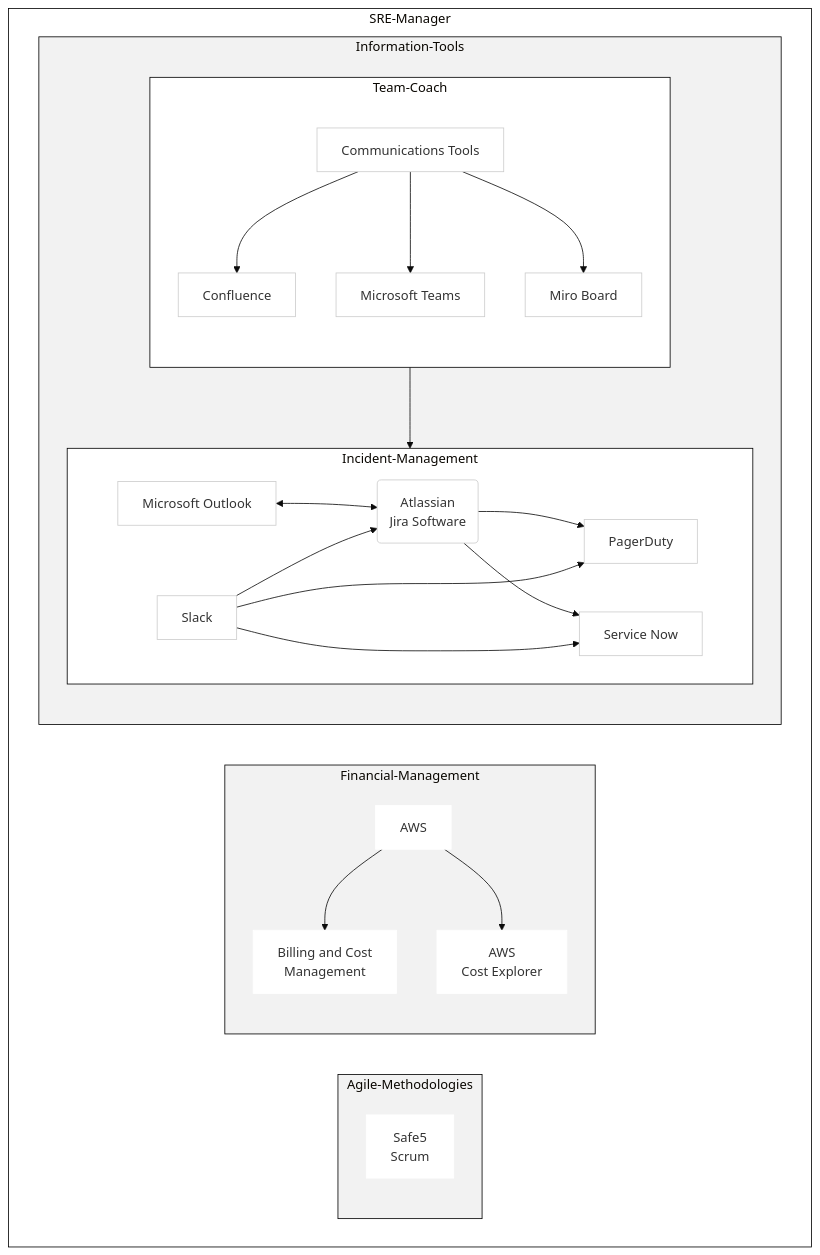
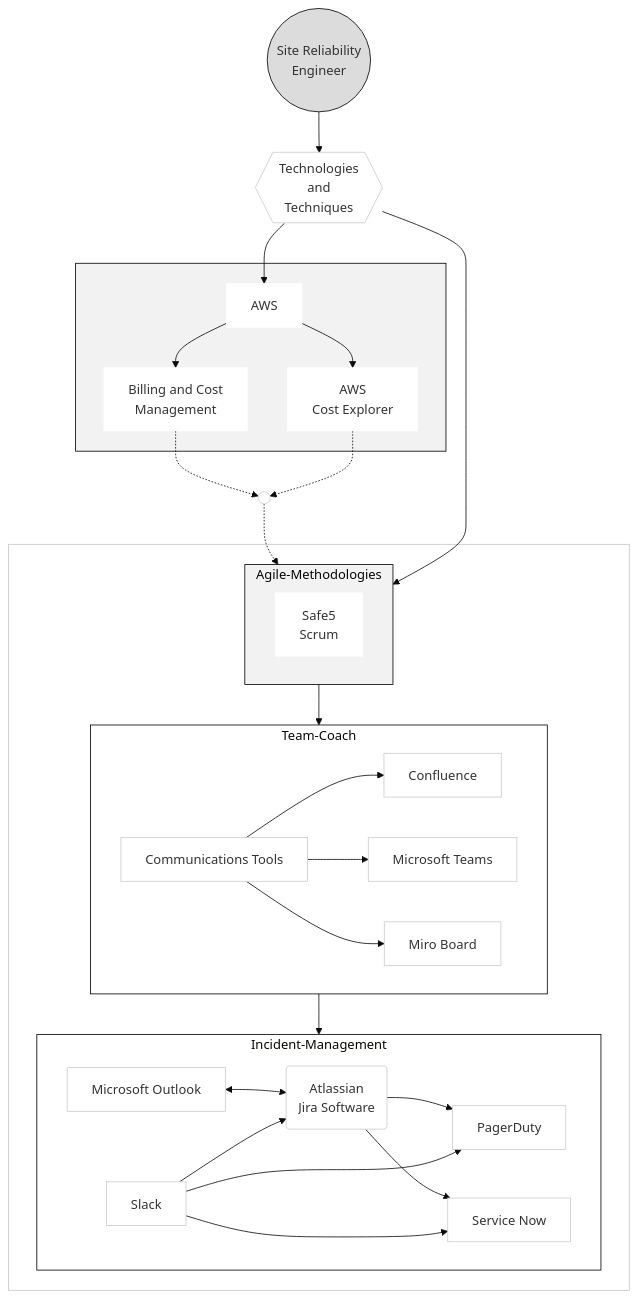
Before and after one commit to kjfigueroa/profile: the seventh of 7 diagrams in README.md, drawn with Mermaid (base theme). The commit also changed other lines of this file, not shown here.

Commit message:
skill-set for SRE x1

````diff
--- a/README.md
+++ b/README.md
@@ -231,35 +197,42 @@
 ```mermaid
-flowchart TB
-subgraph SRE-Manager; style SRE-Manager fill:#fff,stroke:#000;
+flowchart TD
+sre((&nbsp;Site Reliability&nbsp;<br>Engineer)); style sre fill:#dcdcdc,stroke:#000;
+tech{{Technologies<br>and<br>Techniques}}; style tech fill:#fff,stroke:#ccc;
+sre --> tech
+subgraph Information-Tools; style Information-Tools color:#fff,fill:#fff,stroke:#c7c7c7;
     subgraph Agile-Methodologies; style Agile-Methodologies fill:#f2f2f2,stroke:#000;
         amethod[Safe5<br>Scrum]; style amethod fill:#fff,stroke:#fff;
     end
-    subgraph Financial-Management; style Financial-Management fill:#f2f2f2,stroke:#000; 
-        AWS[AWS]; style AWS fill:#fff,stroke:#fff;
-        BCM[Billing and Cost<br>Management];style BCM fill:#fff,stroke:#fff;
-        ACS[AWS<br>Cost Explorer];style ACS fill:#fff,stroke:#fff;
-        AWS --> BCM; AWS --> ACS;
+    subgraph Team-Coach; style Team-Coach fill:#fff,stroke:#000;
+        comm[Communications Tools]; style comm fill:#fff,stroke:#ccc;
+        conf[Confluence]; style conf fill:#fff,stroke:#ccc;
+        teams[Microsoft Teams]; style teams fill:#fff,stroke:#ccc;
+        miro[Miro Board]; style miro fill:#fff,stroke:#ccc;
+        comm --> conf; comm --> teams; comm --> miro
     end
-    subgraph Information-Tools; style Information-Tools fill:#f2f2f2,stroke:#000;
-        subgraph Team-Coach; style Team-Coach fill:#fff,stroke:#000;
-            comm[Communications Tools]; style comm fill:#fff,stroke:#ccc;
-            conf[Confluence]; style conf fill:#fff,stroke:#ccc;
-            teams[Microsoft Teams]; style teams fill:#fff,stroke:#ccc;
-            miro[Miro Board]; style miro fill:#fff,stroke:#ccc;
-            comm --> conf; comm --> teams; comm --> miro
-        end
-        subgraph Incident-Management; style Incident-Management fill:#fff,stroke:#000;
-            direction LR
-            jira(Atlassian<br>Jira Software); style jira fill:#fff,stroke:#ccc;
-            OL[Microsoft Outlook]; style OL fill:#fff,stroke:#ccc;
-            pduty[PagerDuty]; style pduty fill:#fff,stroke:#ccc;
-            snow[Service Now]; style snow fill:#fff,stroke:#ccc;
-            slack[Slack]; style slack fill:#fff,stroke:#ccc;
-            jira --> pduty; jira --> snow
-            OL <--> jira
-            slack --> pduty; slack --> jira; slack --> snow
-        end
-        Team-Coach --> Incident-Management
+    subgraph Incident-Management; style Incident-Management fill:#fff,stroke:#000;
+        direction LR
+        jira(Atlassian<br>Jira Software); style jira fill:#fff,stroke:#ccc;
+        OL[Microsoft Outlook]; style OL fill:#fff,stroke:#ccc;
+        pduty[PagerDuty]; style pduty fill:#fff,stroke:#ccc;
+        snow[Service Now]; style snow fill:#fff,stroke:#ccc;
+        slack[Slack]; style slack fill:#fff,stroke:#ccc;
+        jira --> pduty; jira --> snow
+        OL <--> jira
+        slack --> pduty; slack --> jira; slack --> snow
     end
+    Agile-Methodologies --> Team-Coach --> Incident-Management
 end
+subgraph Financial-Management; style Financial-Management color:#f2f2f2,fill:#f2f2f2,stroke:#000; 
+    AWS[AWS]; style AWS fill:#fff,stroke:#fff;
+    BCM[Billing and Cost<br>Management];style BCM fill:#fff,stroke:#fff;
+    ACS[AWS<br>Cost Explorer];style ACS fill:#fff,stroke:#fff;
+    AWS --> BCM; AWS --> ACS;
+end
+POINT(( )); style POINT fill:#fff,stroke:#ccc;
+POINT -.-> Agile-Methodologies
+tech --> Agile-Methodologies
+tech --> AWS
+BCM -.-> POINT
+ACS -.-> POINT
 ```
````
